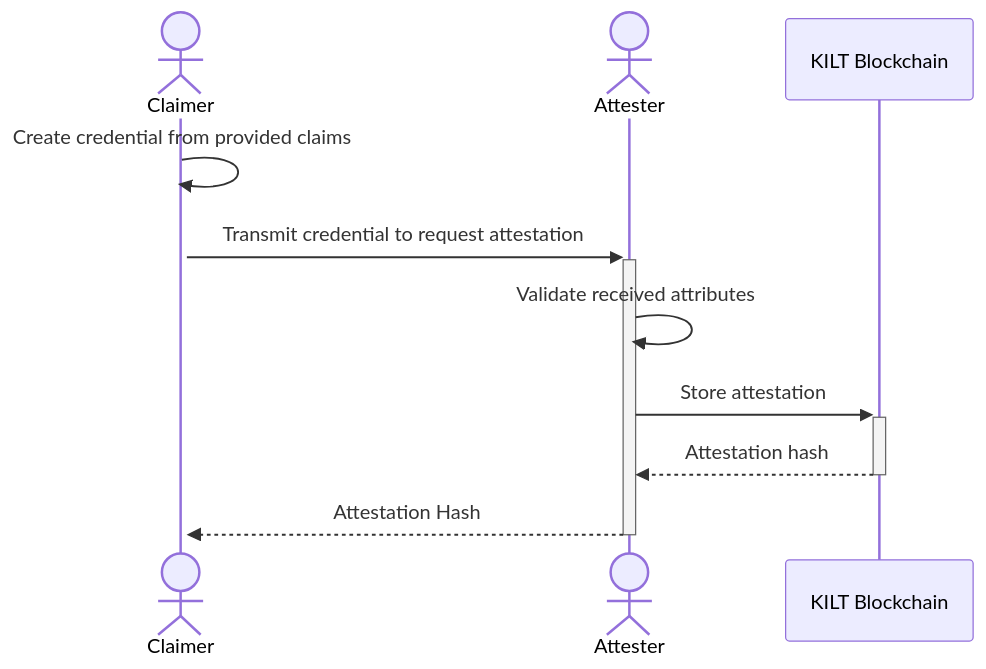
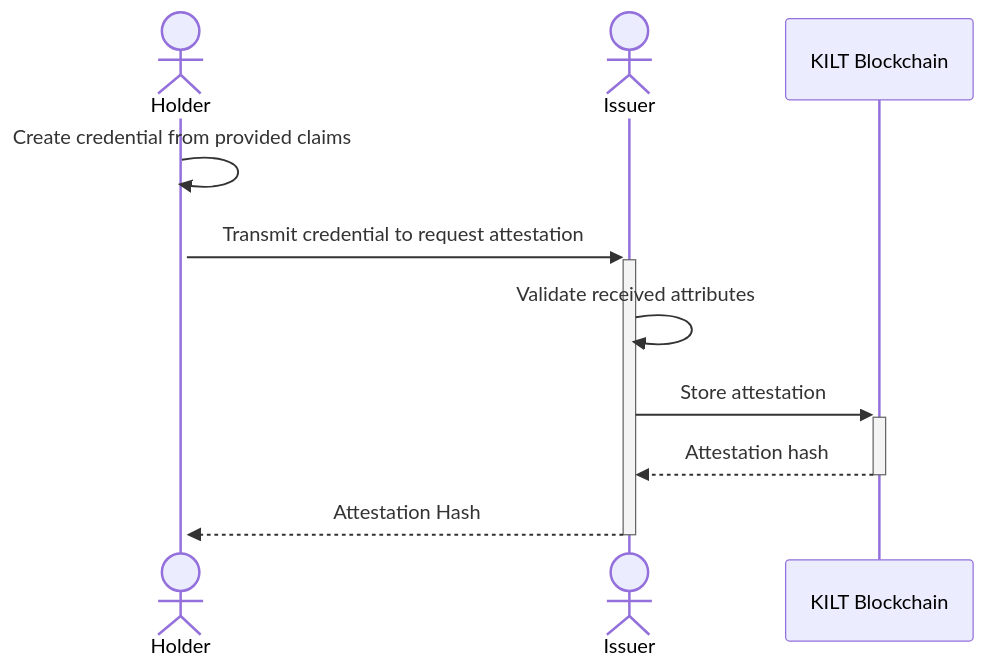
The first of 2 diagrams in sdk/02_tutorial/03_overview.md (KILTprotocol/docs), drawn with Mermaid before and after one commit. The commit also changed other lines of this file and 43 other files, not shown here.

````diff
--- a/sdk/02_tutorial/03_overview.md
+++ b/sdk/02_tutorial/03_overview.md
@@ -30,12 +30,12 @@
 ```mermaid
 sequenceDiagram
-actor C as Claimer
-actor A as Attester
+actor C as Holder
+actor A as Issuer
 participant B as KILT Blockchain
     C->>+C: Create credential from provided claims
     C->>+A: Transmit credential to request attestation
     A->>A: Validate received attributes
     A->>+B: Store attestation
     B-->>-A: Attestation hash
     A-->>-C: Attestation Hash
 ```
````
